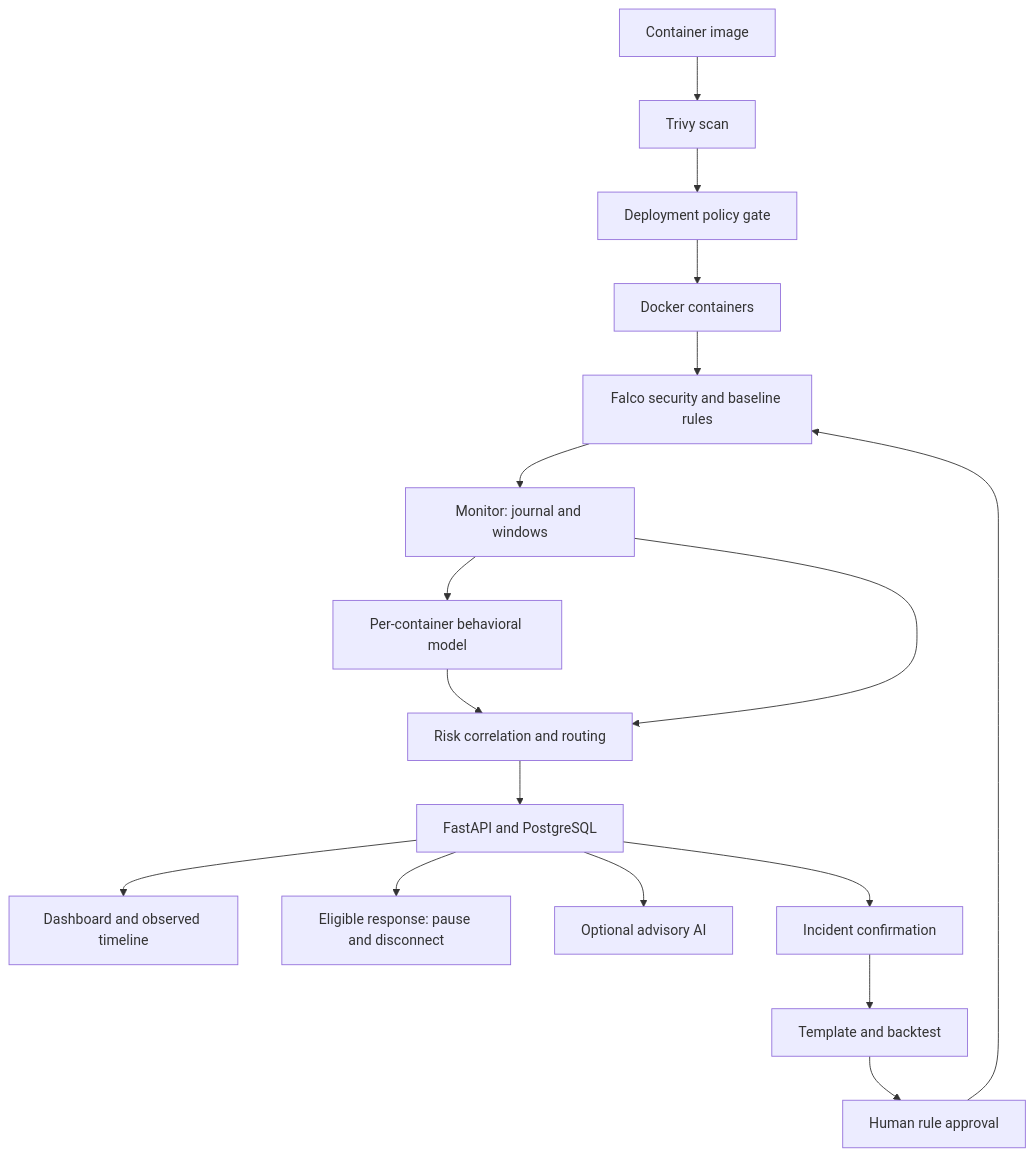
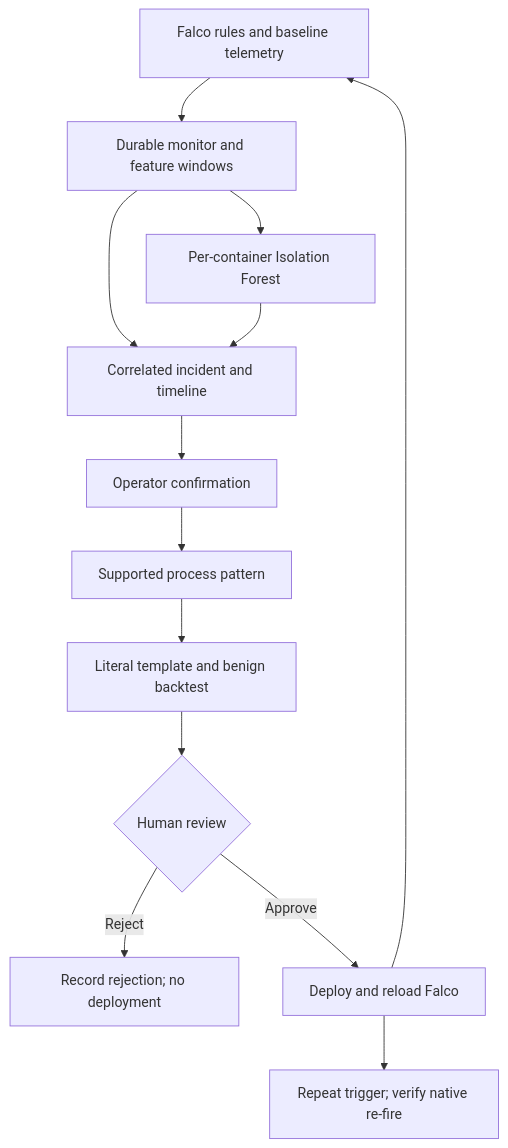
Before and after one commit to guna-hash/selfsentry: the diagram in README.md, drawn with Mermaid. The commit also changed other lines of this file and 16 other files, not shown here.

````diff
--- a/README.md
+++ b/README.md
@@ -32,19 +44,15 @@
 ```mermaid
 flowchart TD
-    Image["Container image"] --> Scan["Trivy scan"]
-    Scan --> Gate["Deployment policy gate"]
-    Gate --> Docker["Docker containers"]
-    Docker --> Falco["Falco security and baseline rules"]
-    Falco --> Monitor["Monitor: journal and windows"]
-    Monitor --> Model["Per-container behavioral model"]
-    Model --> Correlate["Risk correlation and routing"]
-    Monitor --> Correlate
-    Correlate --> API["FastAPI and PostgreSQL"]
-    API --> Dashboard["Dashboard and observed timeline"]
-    API --> Response["Eligible response: pause and disconnect"]
-    API --> AI["Optional advisory AI"]
-    API --> Confirm["Incident confirmation"]
-    Confirm --> Candidate["Template and backtest"]
-    Candidate --> Review["Human rule approval"]
-    Review --> Falco
+    F["Falco rules and baseline telemetry"] --> J["Durable monitor and feature windows"]
+    J --> M["Per-container Isolation Forest"]
+    J --> C["Correlated incident and timeline"]
+    M --> C
+    C --> H["Operator confirmation"]
+    H --> P["Supported process pattern"]
+    P --> T["Literal template and benign backtest"]
+    T --> R{"Human review"}
+    R -->|Reject| X["Record rejection; no deployment"]
+    R -->|Approve| D["Deploy and reload Falco"]
+    D --> F
+    D --> E["Repeat trigger; verify native re-fire"]
 ```
````
